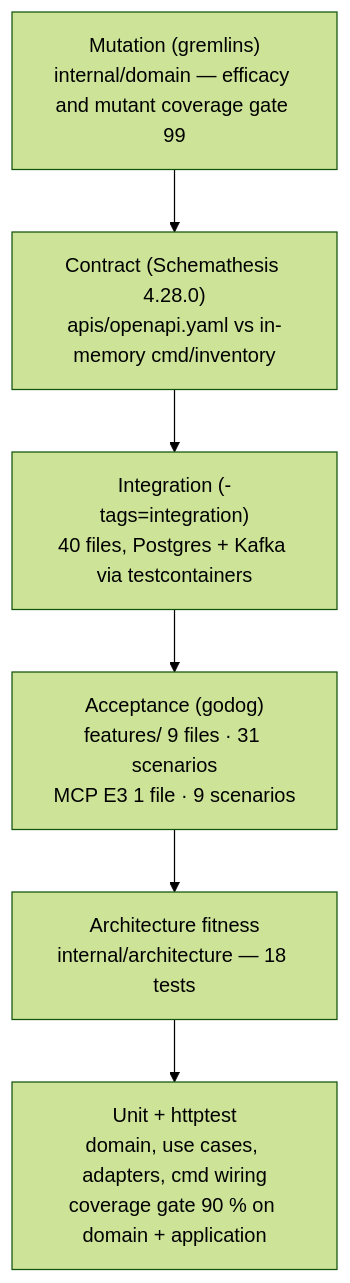
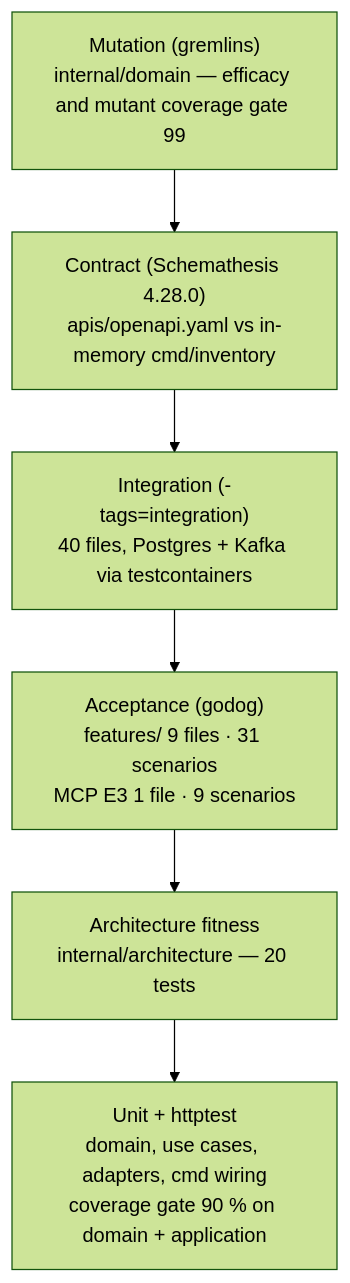
Before and after one commit to IQVO/inventory-storage: the diagram in docs/docs/development/testing.md, drawn with Mermaid (forest theme). The commit also changed other lines of this file and 1 other file, not shown here.

Commit message:
test(arch): fitness sensor - every kafka-go Writer sets RequiredAcks
Add TestKafkaWritersSetRequiredAcks (internal/architecture): every kafka-go
Writer composite literal in a non-test file under internal/ or cmd/ (import
alias resolved per file) must set RequiredAcks. TestKafkaWriterAcksSensorBites
proves it flags a bad fixture under any alias. Same sensor as the fleet
rollout (order-management fix/kafka-writer-required-acks).

````diff
--- a/docs/docs/development/testing.md
+++ b/docs/docs/development/testing.md
@@ -14,10 +14,10 @@
 ```mermaid
 flowchart TB
   MUT["Mutation (gremlins)<br/>internal/domain — efficacy and mutant coverage gate 99"]
   CON["Contract (Schemathesis 4.28.0)<br/>apis/openapi.yaml vs in-memory cmd/inventory"]
   INT["Integration (-tags=integration)<br/>40 files, Postgres + Kafka via testcontainers"]
   BDD["Acceptance (godog)<br/>features/ 9 files · 31 scenarios<br/>MCP E3 1 file · 9 scenarios"]
-  ARCH["Architecture fitness<br/>internal/architecture — 18 tests"]
+  ARCH["Architecture fitness<br/>internal/architecture — 20 tests"]
   UNIT["Unit + httptest<br/>domain, use cases, adapters, cmd wiring<br/>coverage gate 90 % on domain + application"]
   MUT --> CON --> INT --> BDD --> ARCH --> UNIT
 ```
````
